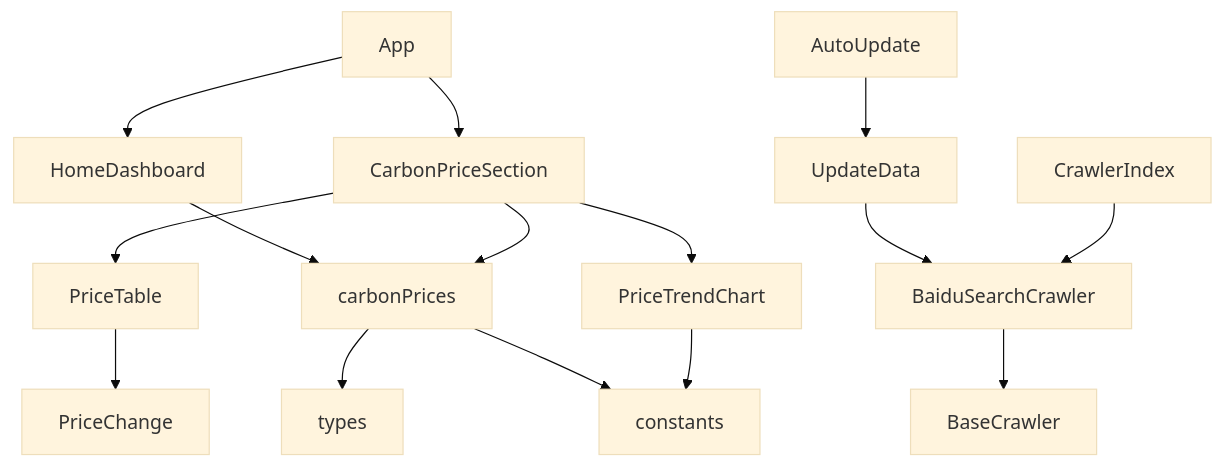
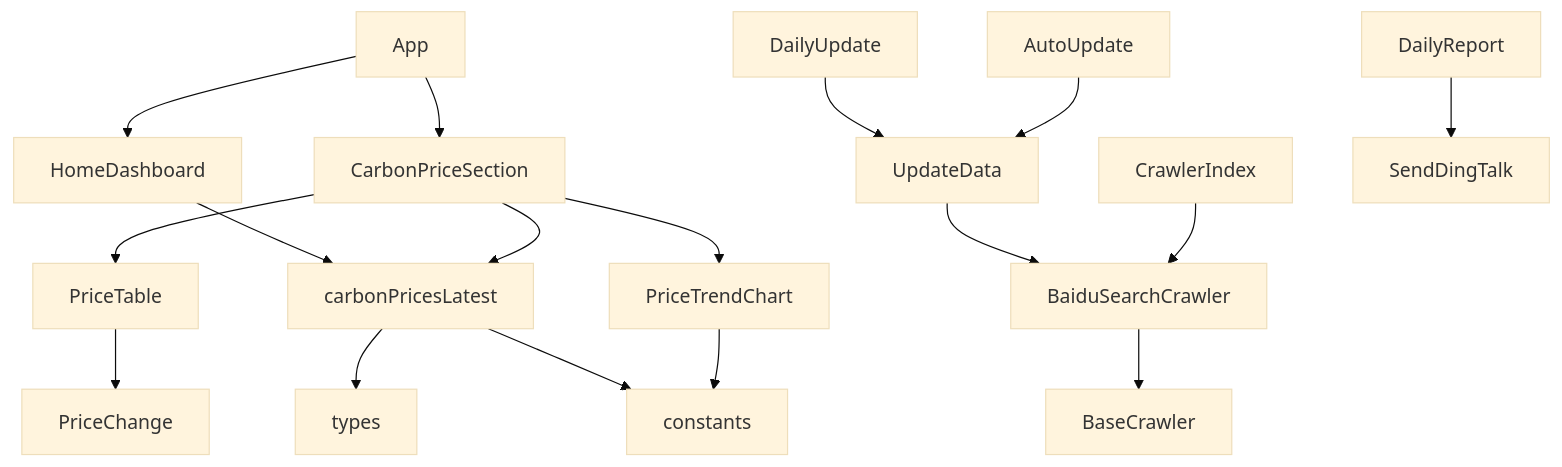
Diagram 18 of 18 in .qoder/repowiki/zh/content/功能模块/碳价格监控模块.md (liangxuanliang-cmd/carbon-info-agent), drawn with Mermaid (base theme) before and after one commit. The commit also changed other lines of this file and 21 other files, not shown here.

````diff
--- a/.qoder/repowiki/zh/content/功能模块/碳价格监控模块.md
+++ b/.qoder/repowiki/zh/content/功能模块/碳价格监控模块.md
@@ -796,17 +872,19 @@
 ```mermaid
 graph TD
-CarbonPriceSection[CarbonPriceSection] --> carbonPrices[carbonPrices]
+CarbonPriceSection[CarbonPriceSection] --> carbonPricesLatest[carbonPricesLatest]
 CarbonPriceSection --> PriceTable[PriceTable]
 CarbonPriceSection --> PriceTrendChart[PriceTrendChart]
 PriceTable --> PriceChange[PriceChange]
 PriceTrendChart --> constants[constants]
-HomeDashboard --> carbonPrices
-carbonPrices --> types[types]
-carbonPrices --> constants
+HomeDashboard --> carbonPricesLatest
+carbonPricesLatest --> types[types]
+carbonPricesLatest --> constants
 App[App] --> CarbonPriceSection
 App --> HomeDashboard
 BaiduSearchCrawler --> BaseCrawler
 CrawlerIndex --> BaiduSearchCrawler
 UpdateData --> BaiduSearchCrawler
 AutoUpdate --> UpdateData
+DailyUpdate --> UpdateData
+DailyReport --> SendDingTalk
 ```
````
